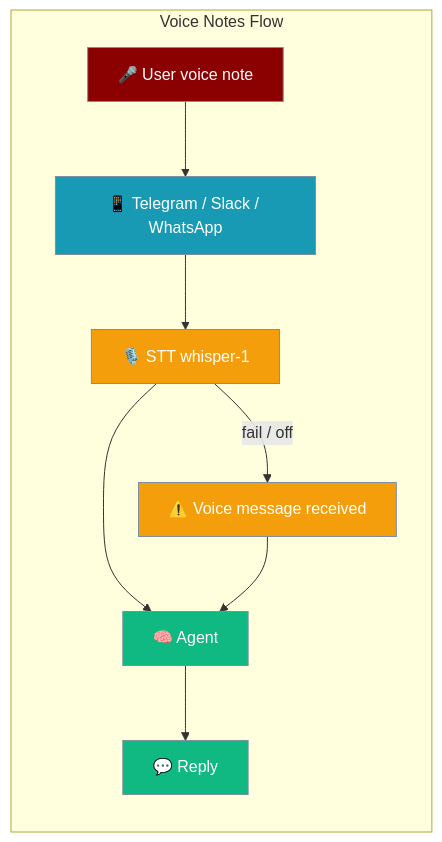
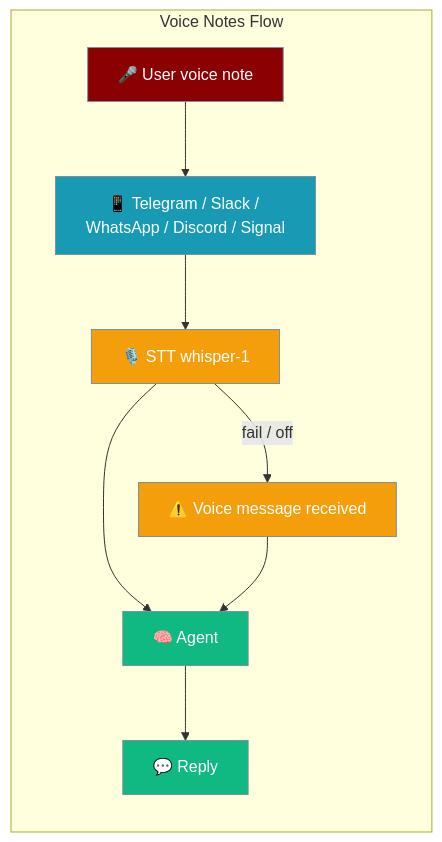
Before and after one commit to MervinPraison/PraisonAIDocs: the first of 4 diagrams in docs/features/gateway-voice-notes.mdx, drawn with Mermaid. The commit also changed other lines of this file and 4 other files, not shown here.

Commit message:
fix: document Discord and Signal voice-note transcription (fixes #4697)

````diff
--- a/docs/features/gateway-voice-notes.mdx
+++ b/docs/features/gateway-voice-notes.mdx
@@ -33,21 +33,21 @@
 ```mermaid
 graph LR
     subgraph "Voice Notes Flow"
-        U[🎤 User voice note] --> P[📱 Telegram / Slack / WhatsApp]
+        U[🎤 User voice note] --> P[📱 Telegram / Slack / WhatsApp / Discord / Signal]
         P --> STT[🎙️ STT whisper-1]
         STT --> A[🧠 Agent]
         A --> R[💬 Reply]
         STT -->|fail / off| PH[⚠️ Voice message received]
         PH --> A
     end
 
     classDef user fill:#8B0000,stroke:#7C90A0,color:#fff
     classDef platform fill:#189AB4,stroke:#7C90A0,color:#fff
     classDef stt fill:#F59E0B,stroke:#7C90A0,color:#fff
     classDef agent fill:#10B981,stroke:#7C90A0,color:#fff
 
     class U user
     class P platform
     class STT,PH stt
     class A,R agent
 ```
````
